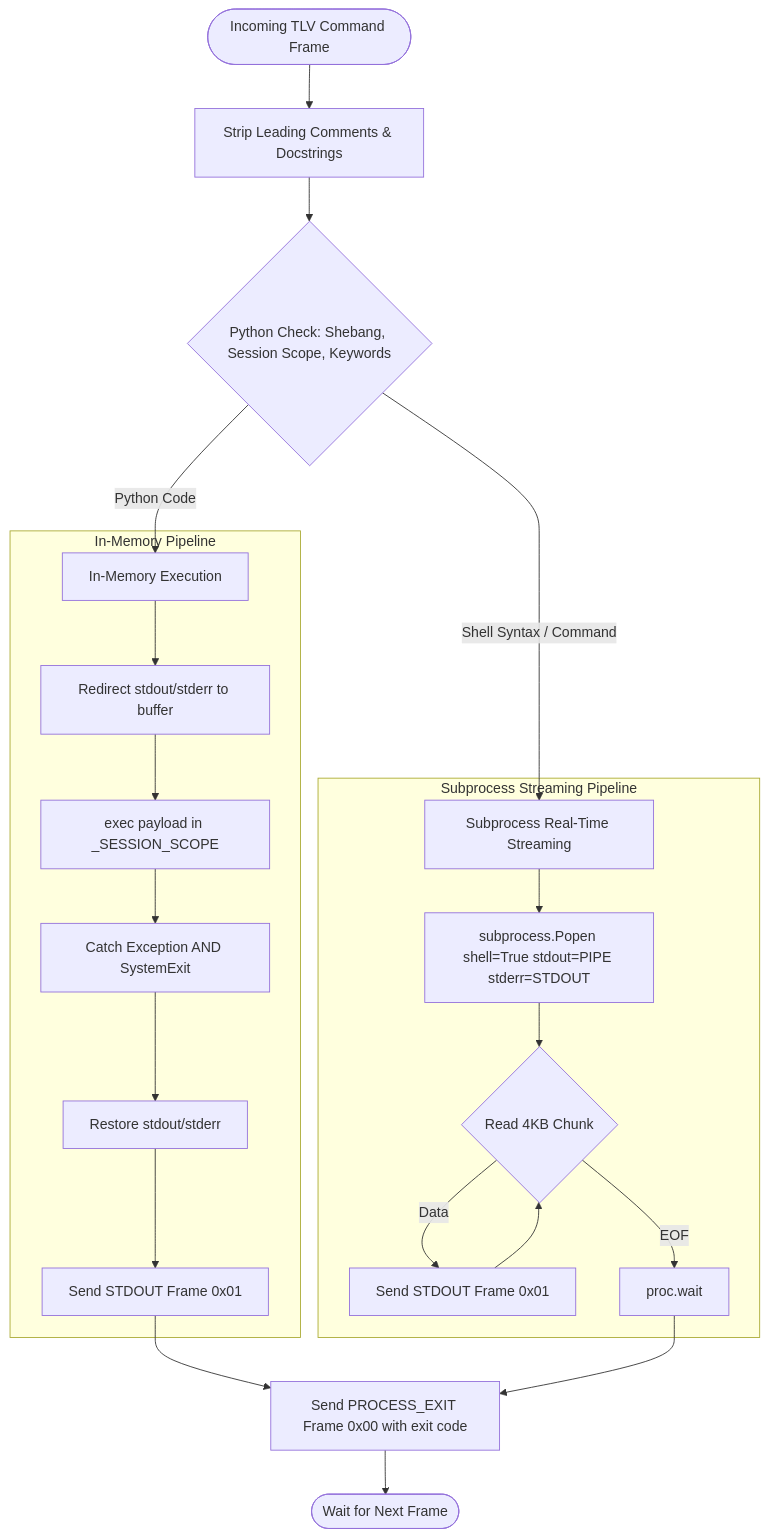
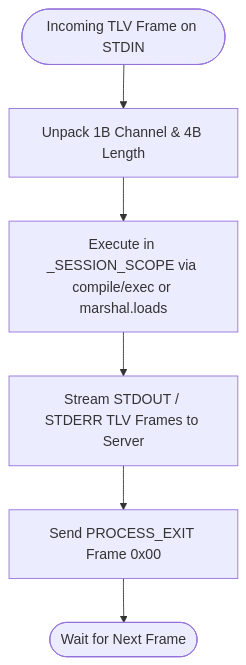
The first of 2 diagrams in plugins/py_socket/README.md (othon-hugo/declusor), drawn with Mermaid before and after one commit. The commit also changed other lines of this file and 43 other files, not shown here.

````diff
--- a/plugins/py_socket/README.md
+++ b/plugins/py_socket/README.md
@@ -16,27 +25,8 @@
 ```mermaid
 flowchart TD
-    START([Incoming TLV Command Frame]) --> STRIP[Strip Leading Comments & Docstrings]
-    STRIP --> PARSE_AST{Python Check: Shebang, Session Scope, Keywords}
-
-    PARSE_AST -->|Python Code| IN_MEMORY[In-Memory Execution]
-    PARSE_AST -->|Shell Syntax / Command| SUBPROC[Subprocess Real-Time Streaming]
-
-    subgraph In-Memory Pipeline
-        IN_MEMORY --> REDIRECT[Redirect stdout/stderr to buffer]
-        REDIRECT --> EXEC[exec payload in _SESSION_SCOPE]
-        EXEC --> CATCH[Catch Exception AND SystemExit]
-        CATCH --> RESTORE[Restore stdout/stderr]
-        RESTORE --> SEND_INMEM[Send STDOUT Frame 0x01]
-    end
-
-    subgraph Subprocess Streaming Pipeline
-        SUBPROC --> SPAWN[subprocess.Popen shell=True stdout=PIPE stderr=STDOUT]
-        SPAWN --> STREAM_LOOP{Read 4KB Chunk}
-        STREAM_LOOP -->|Data| SEND_CHUNK[Send STDOUT Frame 0x01] --> STREAM_LOOP
-        STREAM_LOOP -->|EOF| WAIT[proc.wait]
-    end
-
-    SEND_INMEM --> SEND_EXIT[Send PROCESS_EXIT Frame 0x00 with exit code]
-    WAIT --> SEND_EXIT
-    SEND_EXIT --> DONE([Wait for Next Frame])
+    START([Incoming TLV Frame on STDIN]) --> UNPACK[Unpack 1B Channel & 4B Length]
+    UNPACK --> EXEC[Execute in _SESSION_SCOPE via compile/exec or marshal.loads]
+    EXEC --> STREAM[Stream STDOUT / STDERR TLV Frames to Server]
+    STREAM --> EXIT[Send PROCESS_EXIT Frame 0x00]
+    EXIT --> DONE([Wait for Next Frame])
 ```
````
